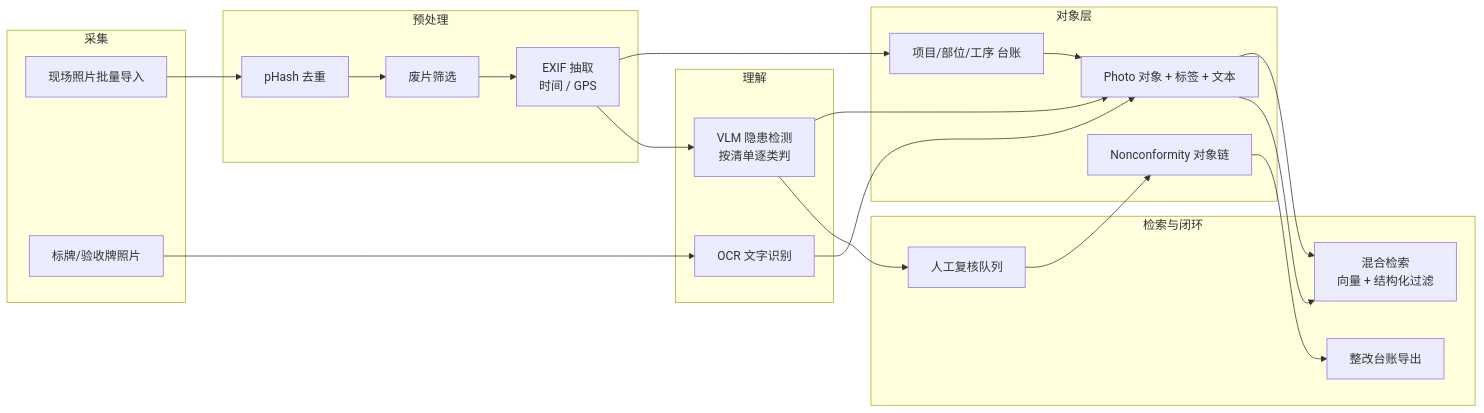
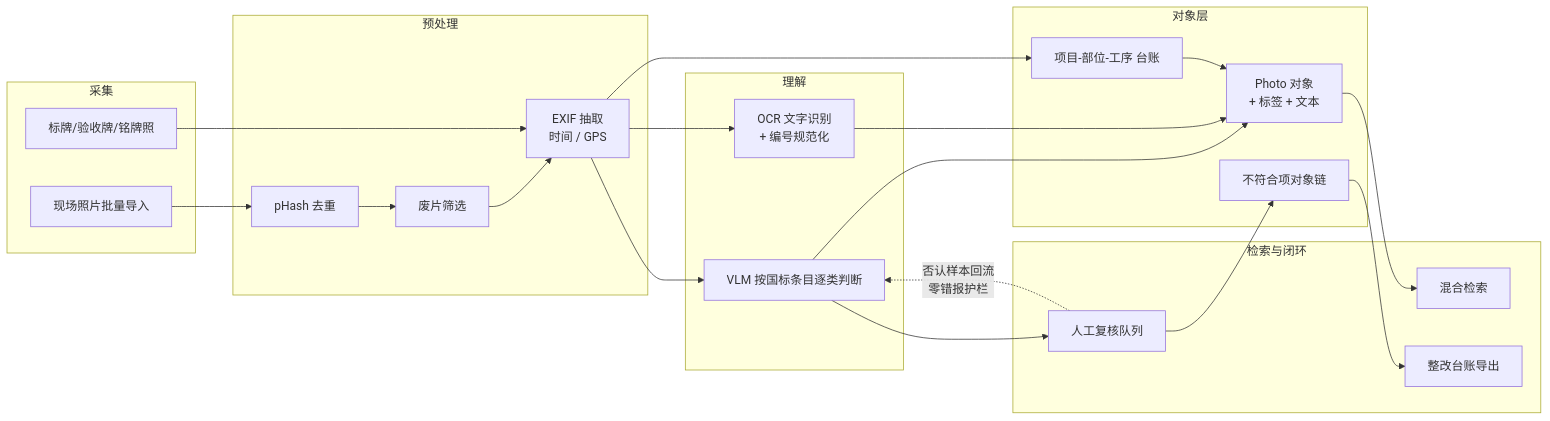
The diagram in problems/05-山南勘测-现场照片隐患速查.md (yhyu13/FDE20261023), drawn with Mermaid before and after one commit. The commit also changed other lines of this file and 10 other files, not shown here.

````diff
--- a/problems/05-山南勘测-现场照片隐患速查.md
+++ b/problems/05-山南勘测-现场照片隐患速查.md
@@ -150,43 +174,43 @@
 ```mermaid
 flowchart LR
   subgraph 采集
     A1[现场照片批量导入]
-    A2[标牌/验收牌照片]
+    A2[标牌/验收牌/铭牌照]
   end
 
   subgraph 预处理
     B1[pHash 去重]
     B2[废片筛选]
     B3[EXIF 抽取<br/>时间 / GPS]
   end
 
   subgraph 理解
-    C1[VLM 隐患检测<br/>按清单逐类判]
-    C2[OCR 文字识别]
+    C1[VLM 按国标条目逐类判断]
+    C2[OCR 文字识别<br/>+ 编号规范化]
   end
 
   subgraph 对象层
-    D1[项目/部位/工序 台账]
-    D2[Photo 对象 + 标签 + 文本]
-    D3[Nonconformity 对象链]
+    D1[项目-部位-工序 台账]
+    D2[Photo 对象<br/>+ 标签 + 文本]
+    D3[不符合项对象链]
   end
 
   subgraph 检索与闭环
-    E1[混合检索<br/>向量 + 结构化过滤]
+    E1[混合检索]
     E2[人工复核队列]
     E3[整改台账导出]
   end
 
   A1 --> B1 --> B2 --> B3
+  A2 --> B3
   B3 --> D1
   B3 --> C1
-  A2 --> C2
+  B3 --> C2
   C1 --> D2
   C2 --> D2
   D1 --> D2
   D2 --> E1
   C1 --> E2
-  E2 --> D3
-  D2 --> E1
-  D3 --> E3
+  E2 --> D3 --> E3
+  E2 -.否认样本回流<br/>零错报护栏.-> C1
 ```
````
